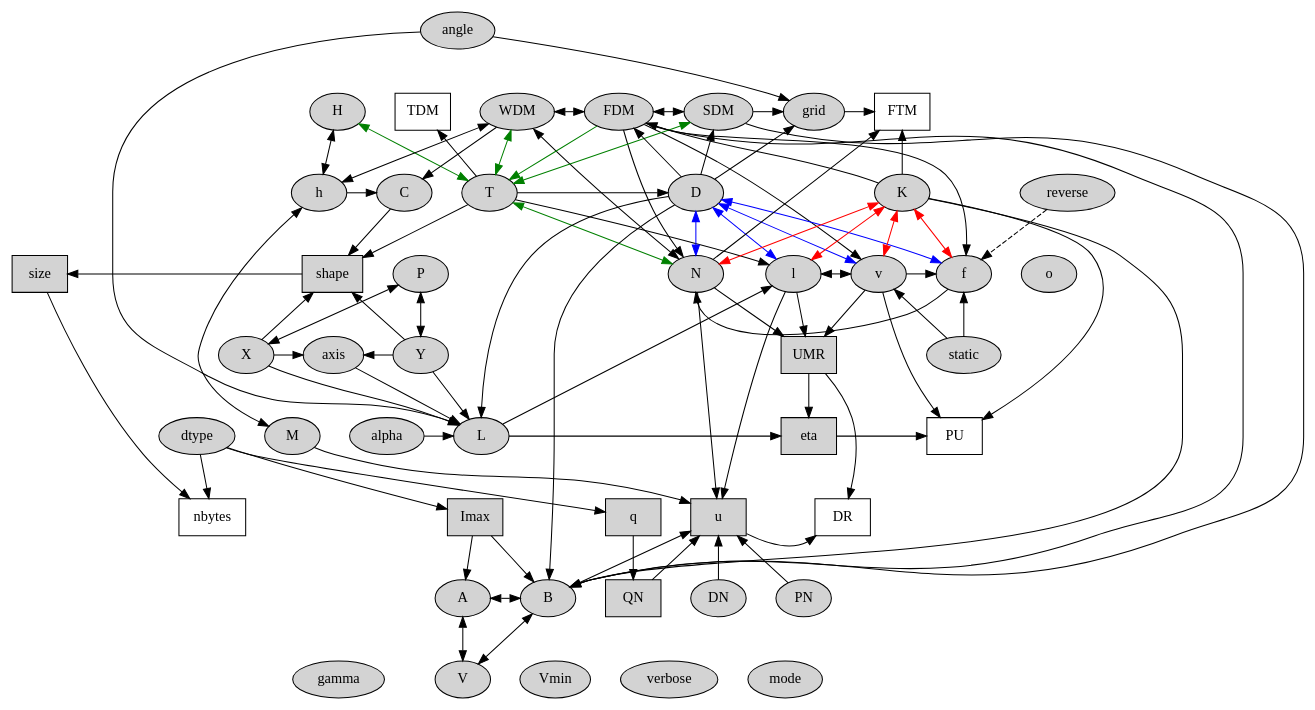
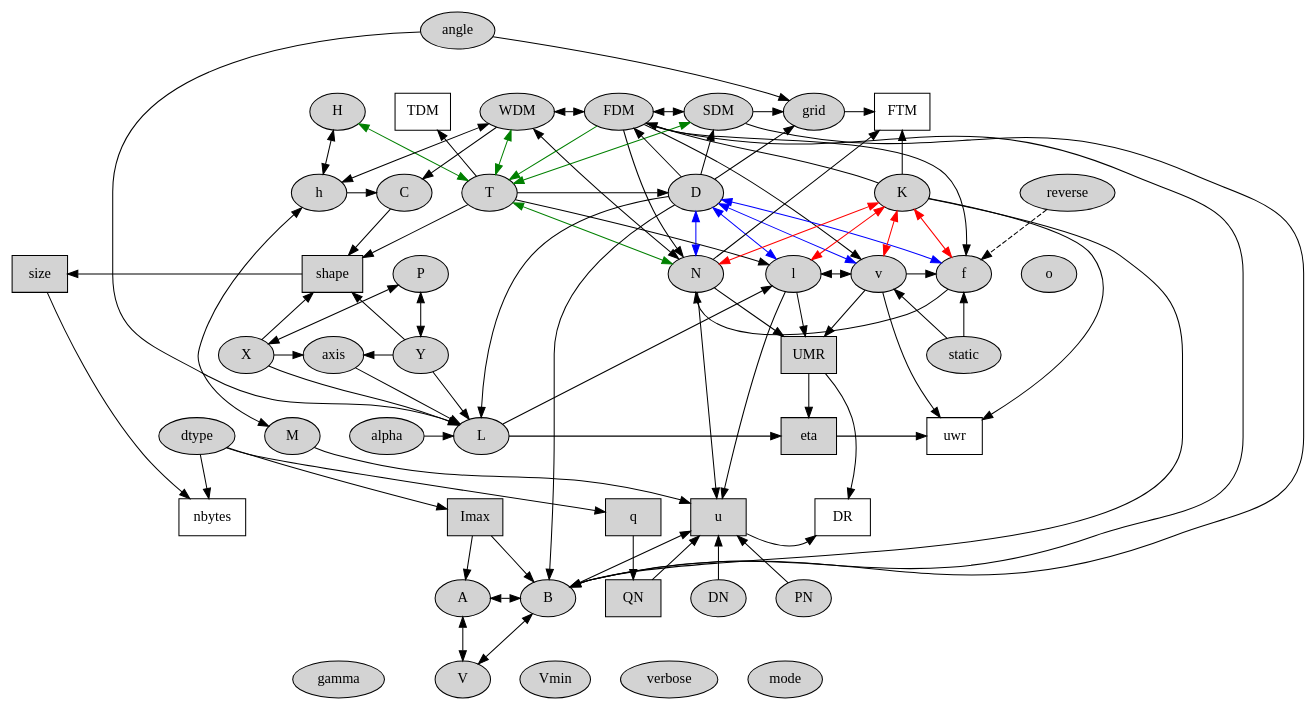
Before and after one commit to comimag/Fringes: the diagram in docs/readme/interdependencies.dot, drawn with Graphviz. The commit also changed 15 other files, not shown here.

```diff
--- a/docs/readme/interdependencies.dot
+++ b/docs/readme/interdependencies.dot
@@ -1,119 +1,119 @@
 digraph G {
     graph [compound=True]
     node [style=filled]
     nodesep=0.4  // default: 0.25
     ranksep=0.6  // default: 0.5
 
     {rank=same; H -> TDM -> WDM -> FDM -> SDM -> grid -> FTM[style=invis][group=1]}
     {rank=same; h -> C -> T -> D -> K -> reverse[style=invis][group=2]}
     {rank=same; size -> shape -> P -> N -> l -> v -> f -> o[style=invis][group=3]}
     {rank=same; X -> axis -> Y -> UMR -> static[style=invis][group=4]}
-    {rank=same; dtype -> M -> alpha -> L -> eta -> PU[style=invis][group=5]}
+    {rank=same; dtype -> M -> alpha -> L -> eta -> uwr[style=invis][group=5]}
     //{rank=same; dtype -> M -> angle[style=invis][group=6]}
     {rank=same; nbytes -> Imax -> q -> u -> DR[style=invis][group=7]}
     {rank=same; A -> B -> QN -> DN -> PN[style=invis][group=8]}
     {rank=same; gamma -> V -> Vmin -> verbose -> mode[style=invis][group=9]}
 
     FTM[shape=box][fillcolor=white]
 
     H -> {T} [dir=both][color=green]
     TDM -> WDM [style=invis]
     H -> {h} [dir=both]
     WDM -> C[shape=box]
     WDM -> h[dir=both]
     WDM:se -> N[dir=both]
     WDM:e -> FDM [weight=3][dir=both]
     WDM -> T[dir=both][color=green]
     FDM -> {N v f}
     FDM -> T [color=green]
     FDM:e -> SDM [weight=1][dir=both]
     SDM -> T[dir=both][color=green]
     SDM:e -> grid
     SDM -> B
     FDM -> B
     grid:e -> FTM
 
     C -> shape
     h:e -> C
     h -> M [dir=both]
     h -> size [style=invis]
 //    T -> {D K} [constraint=false]
     T -> {TDM shape l}
     T:e -> D
     T -> N [dir=both][color=green]
     D -> {FDM SDM grid L B}
     D -> {N l v f}[dir=both][color=blue]
     K -> {N l v f}[dir=both][color=red]
-    K -> {FDM B PU}
+    K -> {FDM B uwr}
     K -> FTM [weight=5]
     reverse -> f [style=dashed]
 
     N -> {FTM UMR}
     l -> UMR [weight=13]
     l:e -> v [dir=both]
     v:e -> f
-    v -> {UMR PU}
+    v -> {UMR uwr}
     f -> N:s
 
     P -> X [dir=both]
     P -> Y [dir=both]
     X:e -> axis
     X -> {shape L}
     Y -> {shape L}
     Y:w -> axis
     axis -> L
     UMR -> {eta DR}
     static -> {v f}
 
     M -> u
     alpha:e -> L
     angle -> L
     L:e -> eta
     L -> l
-    eta:e -> PU
+    eta:e -> uwr
 
     u -> DR:sw [constraint=false]
 
     dtype -> {Imax q nbytes}
 
     Imax -> A
     Imax -> B [weight=2]
     q -> QN [weight=2]
     nbytes -> gamma [style=invis]
     Vmin
     verbose
     mode
     o
 
     A:e -> B [dir=both]
     A -> V [dir=both][weight=3]
     B -> V [dir=both]
     B -> u
     QN -> u
     DN -> u [weight=2]
     PN -> u
 
     size -> nbytes
     //shape -> size
     size:e -> shape [dir=back][constraint=false]
     shape -> axis [style=invis]
 
     N -> u
     l -> u
     angle -> grid
 
     shape[shape=box]
     size[shape=box]
     nbytes[shape=box][fillcolor=white]
     Imax[shape=box]
     q[shape=box]
 //    Q[shape=box]
     QN[shape=box]
     UMR[shape=box]
     eta[shape=box]
     u[shape=box]
     TDM[shape=box][fillcolor=white]
     //L[shape=box]
     DR[shape=box][fillcolor=white]
-    PU[shape=box][fillcolor=white]
+    uwr[shape=box][fillcolor=white]
 }
```
